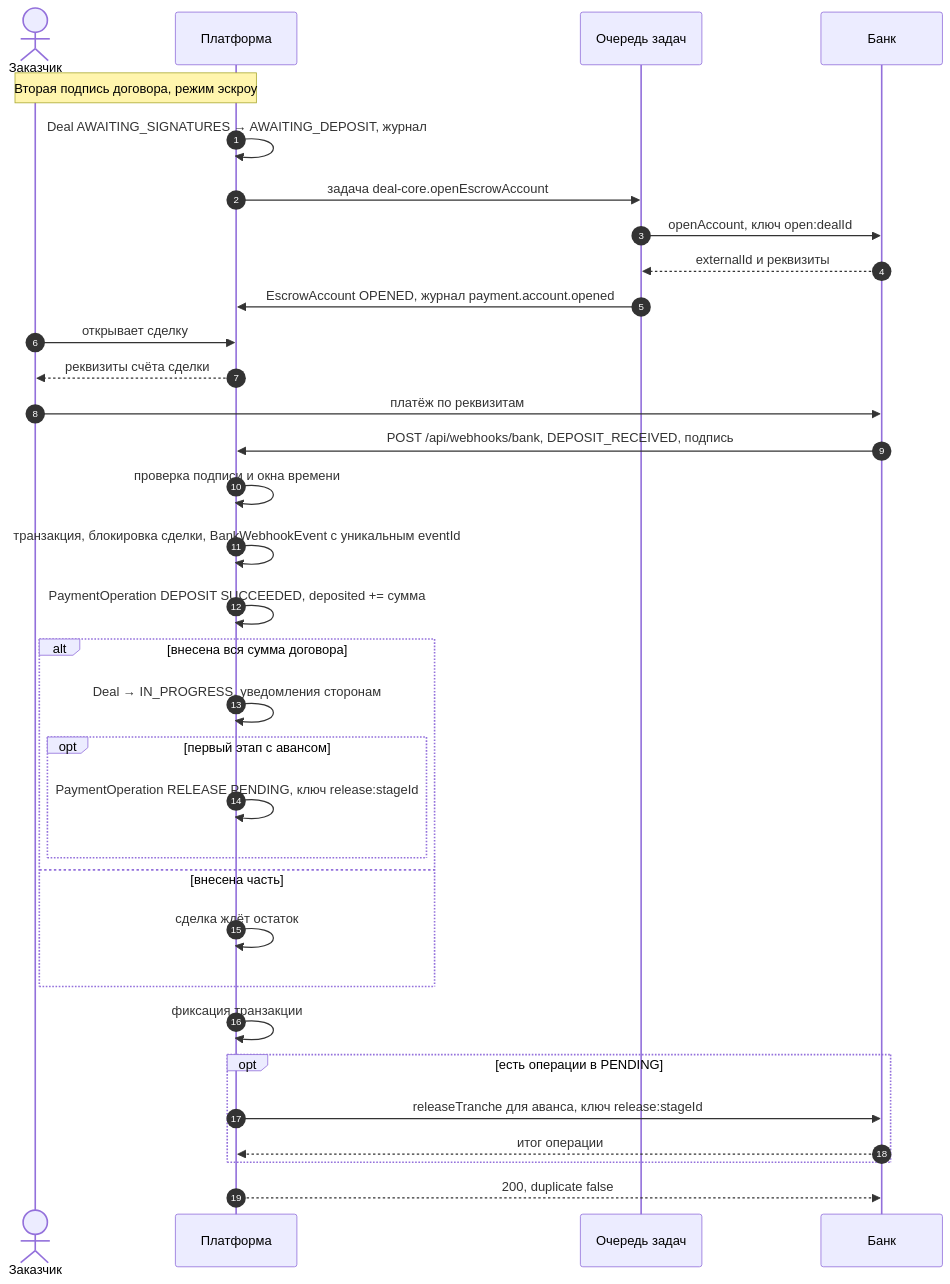
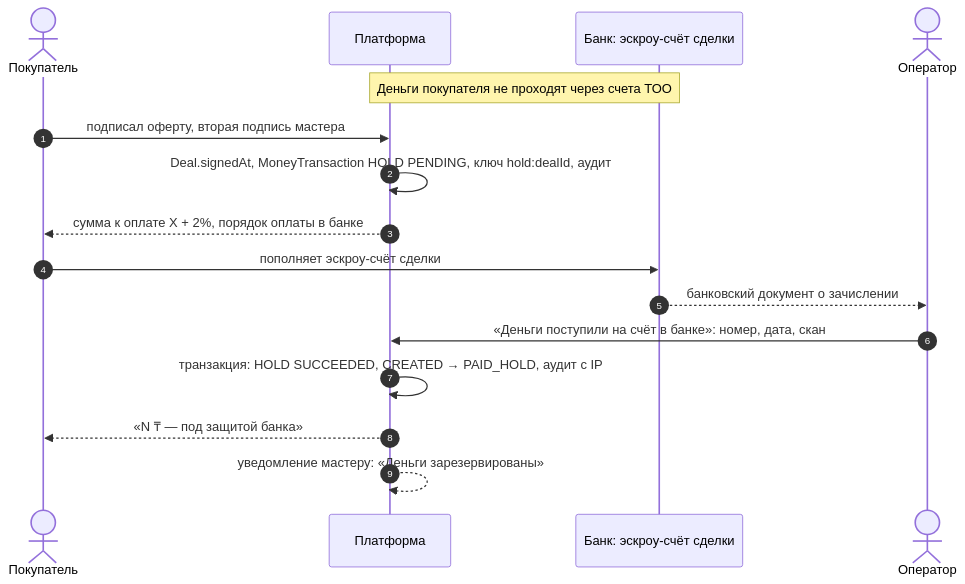
The second of 6 diagrams in docs/bank/03-escrow-integration.md (CemeteryPlaya/senim-platform), drawn with Mermaid before and after one commit. The commit also changed other lines of this file and 2 other files, not shown here.

First line of the commit message:
docs(bank): требования к банку и контракт под модель денег ТЗ v1.0

````diff
--- a/docs/bank/03-escrow-integration.md
+++ b/docs/bank/03-escrow-integration.md
@@ -205,36 +252,19 @@
 ```mermaid
 sequenceDiagram
   autonumber
-  actor C as Заказчик
+  actor C as Покупатель
   participant P as Платформа
-  participant J as Очередь задач
-  participant B as Банк
+  participant B as Банк: эскроу-счёт сделки
+  actor O as Оператор
 
-  Note over C,P: Вторая подпись договора, режим эскроу
-  P->>P: Deal AWAITING_SIGNATURES → AWAITING_DEPOSIT, журнал
-  P->>J: задача deal-core.openEscrowAccount
-  J->>B: openAccount, ключ open:dealId
-  B-->>J: externalId и реквизиты
-  J->>P: EscrowAccount OPENED, журнал payment.account.opened
-  C->>P: открывает сделку
-  P-->>C: реквизиты счёта сделки
-  C->>B: платёж по реквизитам
-  B->>P: POST /api/webhooks/bank, DEPOSIT_RECEIVED, подпись
-  P->>P: проверка подписи и окна времени
-  P->>P: транзакция, блокировка сделки, BankWebhookEvent с уникальным eventId
-  P->>P: PaymentOperation DEPOSIT SUCCEEDED, deposited += сумма
-  alt внесена вся сумма договора
-    P->>P: Deal → IN_PROGRESS, уведомления сторонам
-    opt первый этап с авансом
-      P->>P: PaymentOperation RELEASE PENDING, ключ release:stageId
-    end
-  else внесена часть
-    P->>P: сделка ждёт остаток
-  end
-  P->>P: фиксация транзакции
-  opt есть операции в PENDING
-    P->>B: releaseTranche для аванса, ключ release:stageId
-    B-->>P: итог операции
-  end
-  P-->>B: 200, duplicate false
+  Note over P,B: Деньги покупателя не проходят через счета ТОО
+  C->>P: подписал оферту, вторая подпись мастера
+  P->>P: Deal.signedAt, MoneyTransaction HOLD PENDING, ключ hold:dealId, аудит
+  P-->>C: сумма к оплате X + 2%, порядок оплаты в банке
+  C->>B: пополняет эскроу-счёт сделки
+  B-->>O: банковский документ о зачислении
+  O->>P: «Деньги поступили на счёт в банке»: номер, дата, скан
+  P->>P: транзакция: HOLD SUCCEEDED, CREATED → PAID_HOLD, аудит с IP
+  P-->>C: «N ₸ — под защитой банка»
+  P-->>P: уведомление мастеру: «Деньги зарезервированы»
 ```
````
